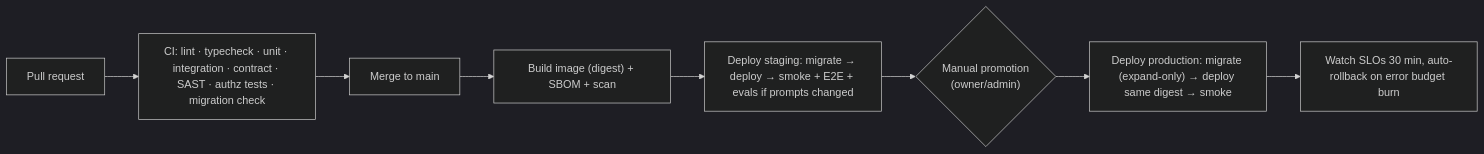
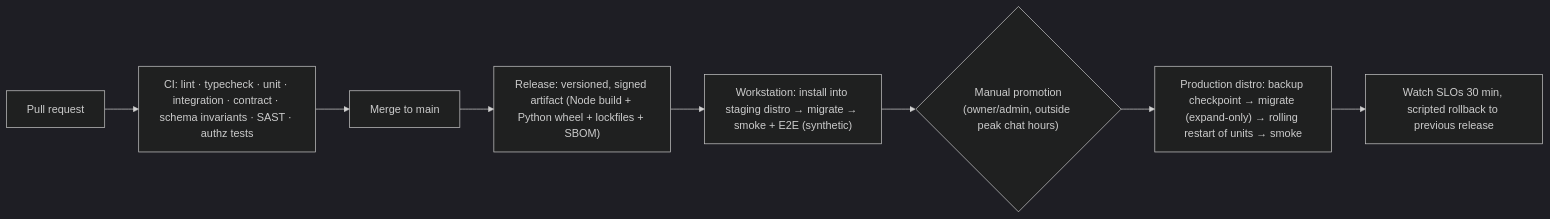
Before and after one commit to barel1296/barels: the diagram in docs/09-operations-security.md, drawn with Mermaid (dark theme). The commit also changed other lines of this file and 18 other files, not shown here.

First line of the commit message:
Revise architecture for 20-30 personas on one workstation with local AI

````diff
--- a/docs/09-operations-security.md
+++ b/docs/09-operations-security.md
@@ -181,10 +203,10 @@
 ```mermaid
 flowchart LR
-  PR[Pull request] --> CI["CI: lint · typecheck · unit · integration · contract · SAST · authz tests · migration check"]
+  PR[Pull request] --> CI["CI: lint · typecheck · unit · integration · contract · schema invariants · SAST · authz tests"]
   CI --> M[Merge to main]
-  M --> B["Build image (digest) + SBOM + scan"]
-  B --> S["Deploy staging: migrate → deploy → smoke + E2E + evals if prompts changed"]
-  S --> G{"Manual promotion<br/>(owner/admin)"}
-  G --> P["Deploy production: migrate (expand-only) → deploy same digest → smoke"]
-  P --> W["Watch SLOs 30 min, auto-rollback on error budget burn"]
+  M --> R["Release: versioned, signed artifact (Node build + Python wheel + lockfiles + SBOM)"]
+  R --> S["Workstation: install into staging distro → migrate → smoke + E2E (synthetic)"]
+  S --> G{"Manual promotion<br/>(owner/admin, outside peak chat hours)"}
+  G --> P["Production distro: backup checkpoint → migrate (expand-only) → rolling restart of units → smoke"]
+  P --> W["Watch SLOs 30 min, scripted rollback to previous release"]
 ```
````
